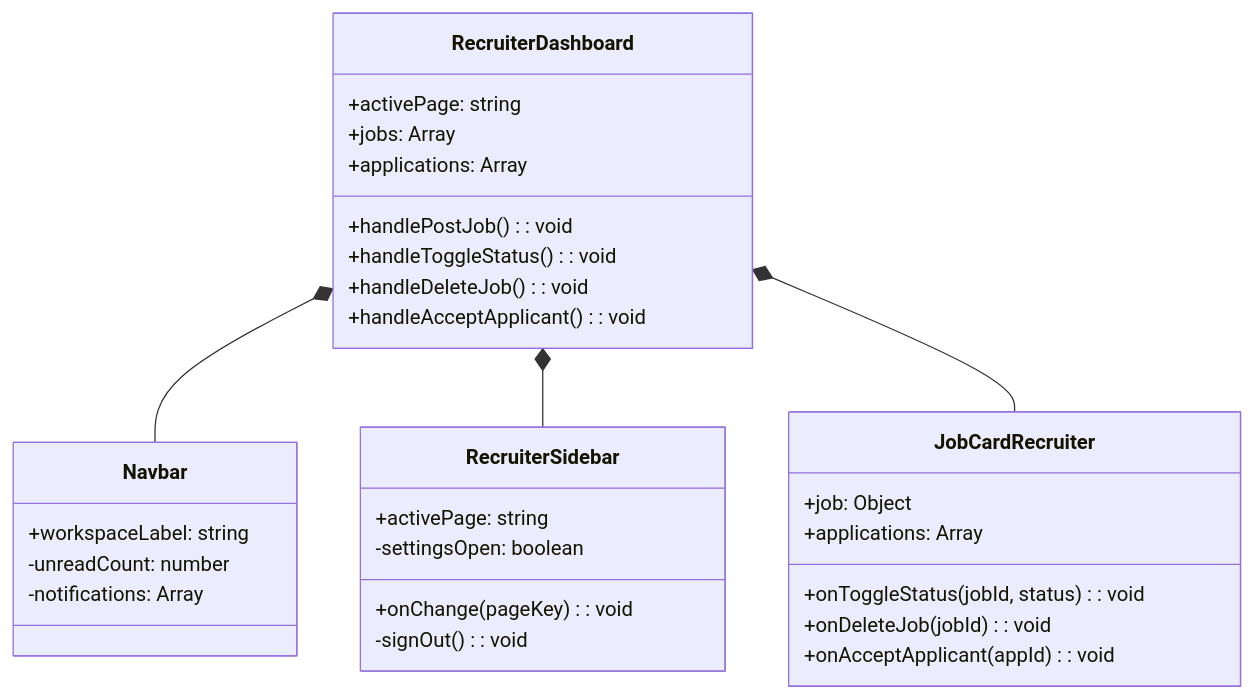
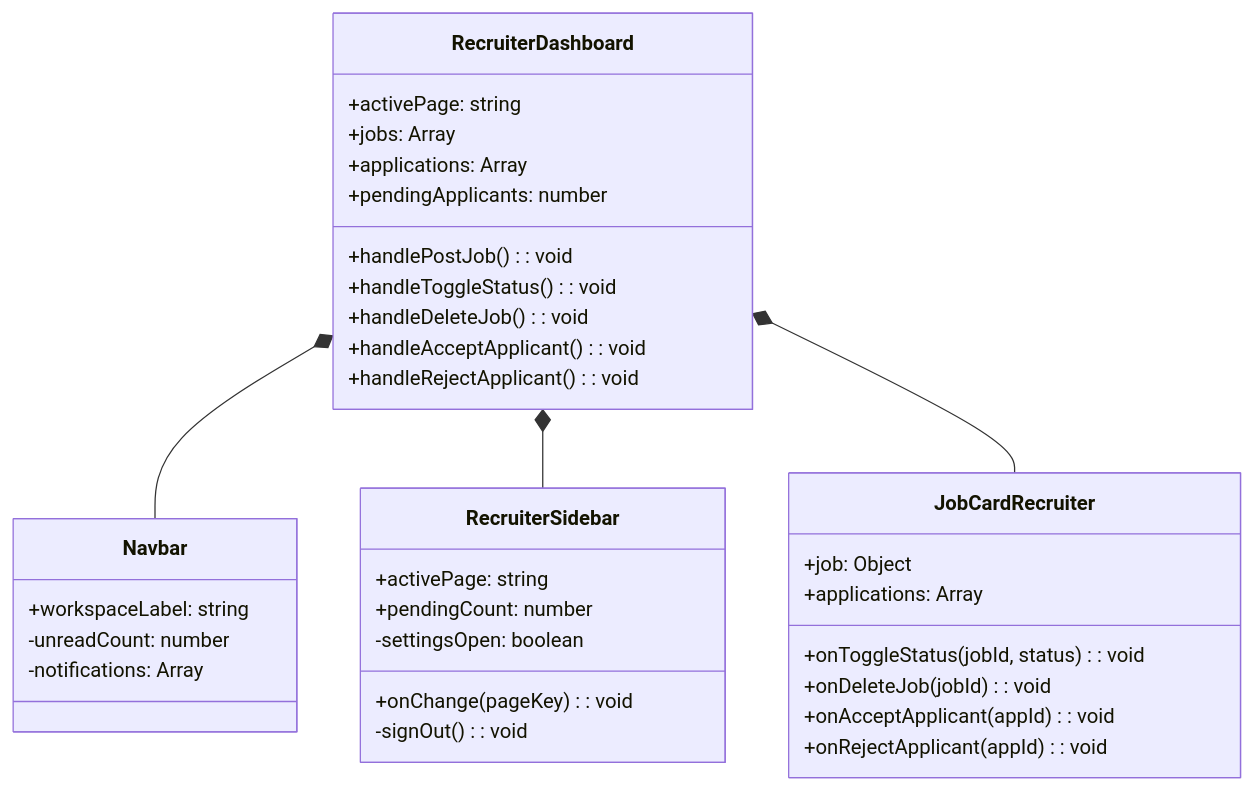
Before and after one commit to nikhil-partap/pulkit: the third of 3 diagrams in HOW_PROJECT_CONNECTS.md, drawn with Mermaid. The commit also changed other lines of this file and 20 other files, not shown here.

````diff
--- a/HOW_PROJECT_CONNECTS.md
+++ b/HOW_PROJECT_CONNECTS.md
@@ -214,37 +219,41 @@
 ```mermaid
 classDiagram
     class Navbar {
         +workspaceLabel: string
         -unreadCount: number
         -notifications: Array
     }
 
     class RecruiterSidebar {
         +activePage: string
+        +pendingCount: number
         +onChange(pageKey): void
         -settingsOpen: boolean
         -signOut(): void
     }
 
     class RecruiterDashboard {
         +activePage: string
         +jobs: Array
         +applications: Array
+        +pendingApplicants: number
         +handlePostJob(): void
         +handleToggleStatus(): void
         +handleDeleteJob(): void
         +handleAcceptApplicant(): void
+        +handleRejectApplicant(): void
     }
 
     class JobCardRecruiter {
         +job: Object
         +applications: Array
         +onToggleStatus(jobId, status): void
         +onDeleteJob(jobId): void
         +onAcceptApplicant(appId): void
+        +onRejectApplicant(appId): void
     }
 
     RecruiterDashboard *-- Navbar
     RecruiterDashboard *-- RecruiterSidebar
     RecruiterDashboard *-- JobCardRecruiter
 ```
````
